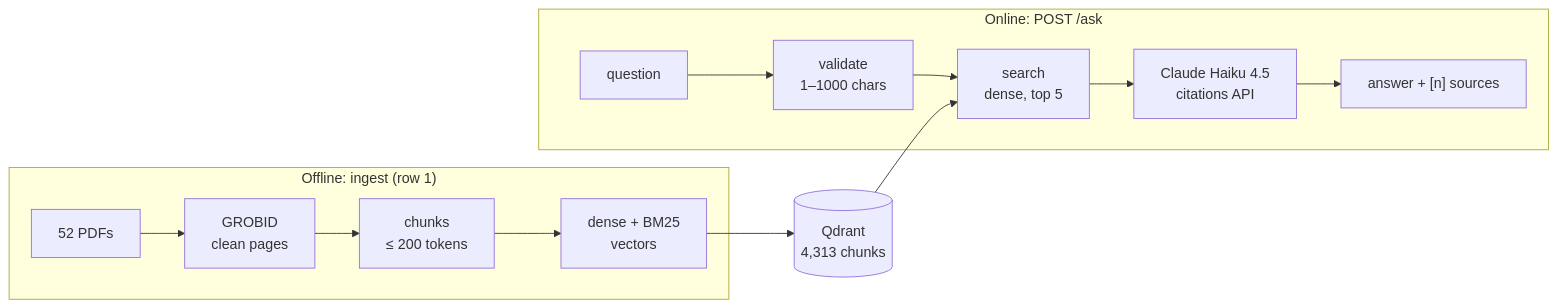
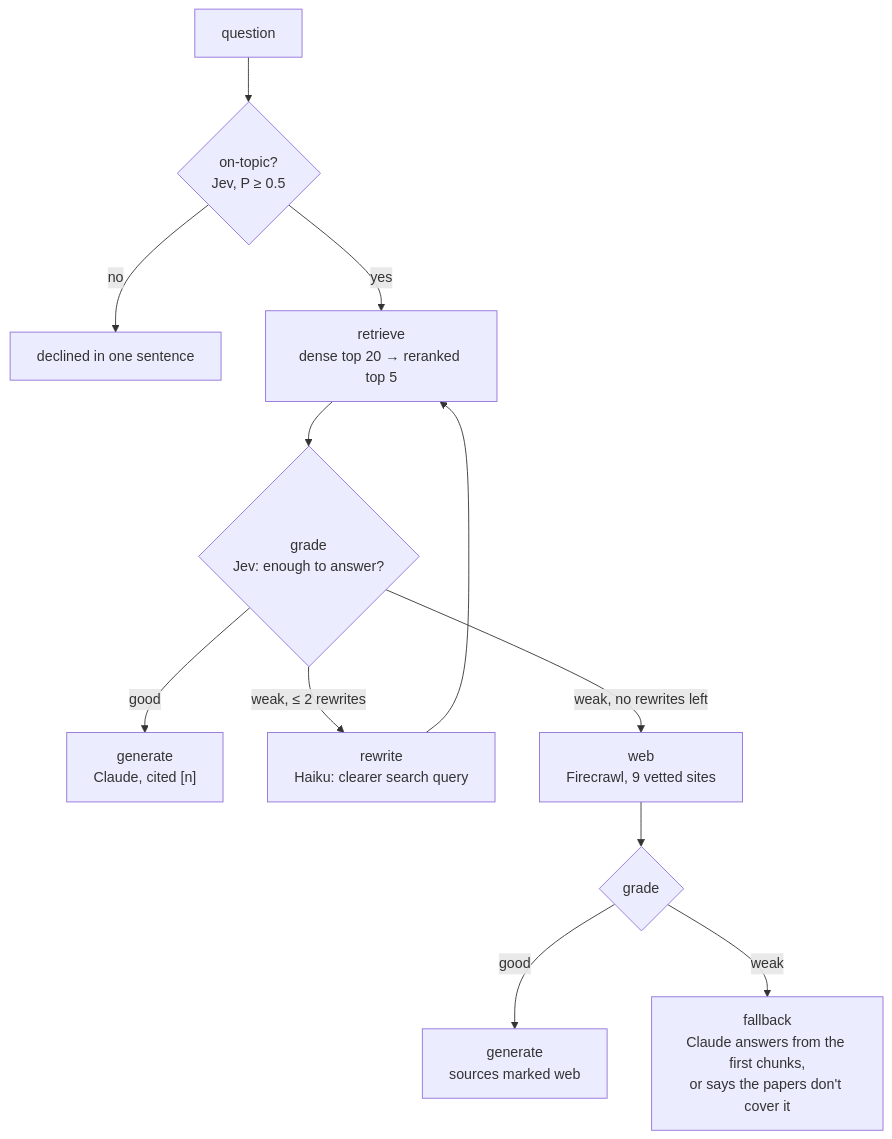
One commit to amine789/NEURO-RAG-ASSISANT changed the diagram in README.md. Above: the diagram before and after it, drawn with Mermaid. The commit also changed other lines of this file and 13 other files, not shown here.

First line of the commit message:
On-topic model compared (choice 24): Jev kept, cut 0.2 -> 0.5; README rewritten

````diff
--- a/README.md
+++ b/README.md
@@ -48,12 +47,13 @@
 ```mermaid
-flowchart LR
-    subgraph offline["Offline: ingest (row 1)"]
-        PDF["52 PDFs"] --> GROBID["GROBID<br/>clean pages"] --> CHUNK["chunks<br/>≤ 200 tokens"] --> EMB["dense + BM25<br/>vectors"]
-    end
-    EMB --> Q[("Qdrant<br/>4,313 chunks")]
-
-    subgraph online["Online: POST /ask"]
-        U["question"] --> V["validate<br/>1–1000 chars"] --> S["search<br/>dense, top 5"] --> A["Claude Haiku 4.5<br/>citations API"] --> R["answer + [n] sources"]
-    end
-    Q --> S
+flowchart TD
+    Q["question"] --> T{"on-topic?<br/>Jev, P ≥ 0.5"}
+    T -- no --> D["declined in one sentence"]
+    T -- yes --> R["retrieve<br/>dense top 20 → reranked top 5"]
+    R --> G{"grade<br/>Jev: enough to answer?"}
+    G -- good --> A["generate<br/>Claude, cited [n]"]
+    G -- "weak, ≤ 2 rewrites" --> W["rewrite<br/>Haiku: clearer search query"] --> R
+    G -- "weak, no rewrites left" --> WEB["web<br/>Firecrawl, 9 vetted sites"]
+    WEB --> G2{"grade"}
+    G2 -- good --> A2["generate<br/>sources marked web"]
+    G2 -- weak --> F["fallback<br/>Claude answers from the first chunks,<br/>or says the papers don't cover it"]
 ```
````
